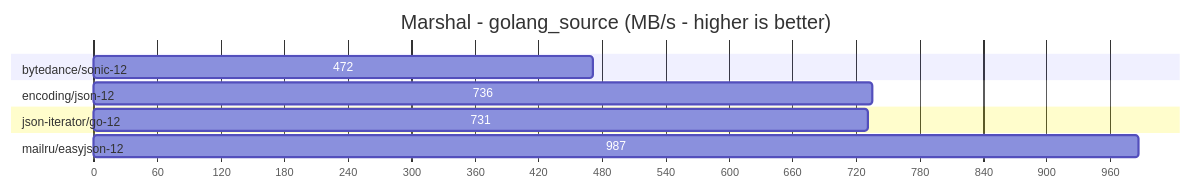
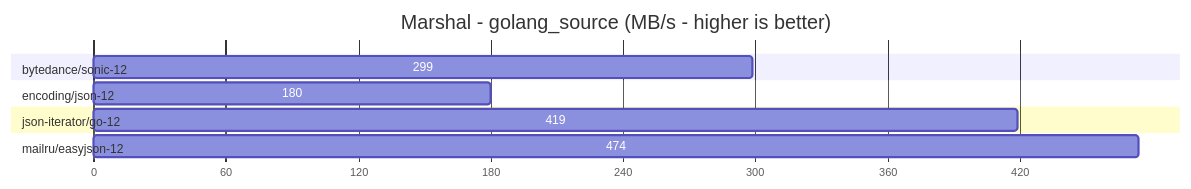
Before and after one commit to compashka/json-benchmarks: the third of 12 diagrams in README.md, drawn with Mermaid. The commit also changed other lines of this file and 23 other files, not shown here.

````diff
--- a/README.md
+++ b/README.md
@@ -43,15 +53,15 @@
 ```mermaid
 gantt
 title Marshal - golang_source (MB/s - higher is better)
 dateFormat X
 axisFormat %s
 
 section bytedance/sonic-12         
-472 :0, 472
+299:0,299
 section encoding/json-12           
-736 :0, 736
+180:0,180
 section json-iterator/go-12        
-731 :0, 731
+419:0,419
 section mailru/easyjson-12         
-987 :0, 987
+474:0,474
 ```
````
